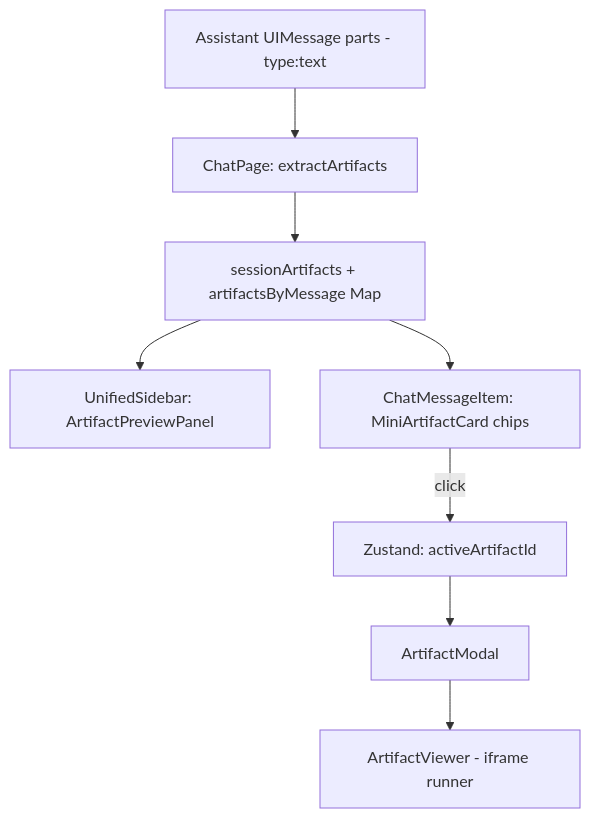
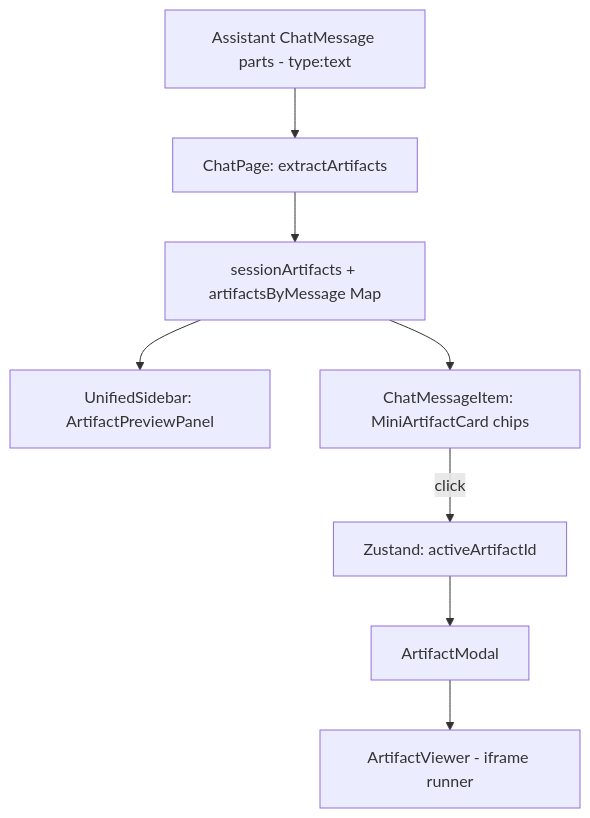
One commit to kustomzone/vllm-studio changed the eighth of 10 diagrams in frontend/src/app/chat/AGENTS.md. Above: the diagram before and after it, drawn with Mermaid. The commit also changed other lines of this file and 31 other files, not shown here.

````diff
--- a/frontend/src/app/chat/AGENTS.md
+++ b/frontend/src/app/chat/AGENTS.md
@@ -244,12 +223,12 @@
 ```mermaid
 graph TD
-  A["Assistant UIMessage parts - type:text"] --> B["ChatPage: extractArtifacts"]
+  A["Assistant ChatMessage parts - type:text"] --> B["ChatPage: extractArtifacts"]
   B --> C["sessionArtifacts + artifactsByMessage Map"]
 
   C --> D["UnifiedSidebar: ArtifactPreviewPanel"]
   C --> E["ChatMessageItem: MiniArtifactCard chips"]
 
   E -->|"click"| F["Zustand: activeArtifactId"]
   F --> G["ArtifactModal"]
   G --> H["ArtifactViewer - iframe runner"]
 ```
````
